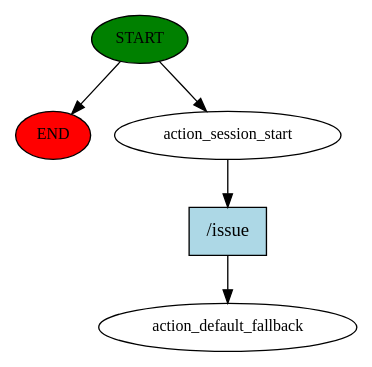
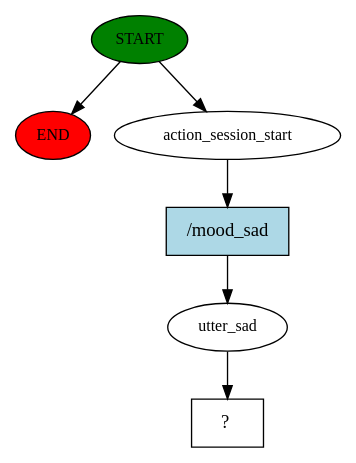
The diagram in rasa-frame/story_graph.dot (ashirvad-a-poojary/project-solus), drawn with Graphviz before and after one commit. The commit also changed 259 other files, not shown here.

```diff
--- a/rasa-frame/story_graph.dot
+++ b/rasa-frame/story_graph.dot
@@ -1,11 +1,13 @@
 digraph  {
 0 [class="start active", fillcolor=green, fontsize=12, label=START, style=filled];
 "-1" [class=end, fillcolor=red, fontsize=12, label=END, style=filled];
 1 [class=active, fontsize=12, label=action_session_start];
-2 [class="dashed active", fontsize=12, label=action_default_fallback];
-3 [class="intent active", fillcolor=lightblue, label="/issue", shape=rect, style=filled];
+2 [class=active, fontsize=12, label=utter_sad];
+3 [class="intent dashed active", label="  ?  ", shape=rect];
+4 [class="intent active", fillcolor=lightblue, label="/mood_sad", shape=rect, style=filled];
 0 -> "-1"  [class="", key=NONE, label=""];
 0 -> 1  [class=active, key=NONE, label=""];
-1 -> 3  [class=active, key=0];
-3 -> 2  [class=active, key=0];
+1 -> 4  [class=active, key=0];
+2 -> 3  [class=active, key=NONE, label=""];
+4 -> 2  [class=active, key=0];
 }
```
